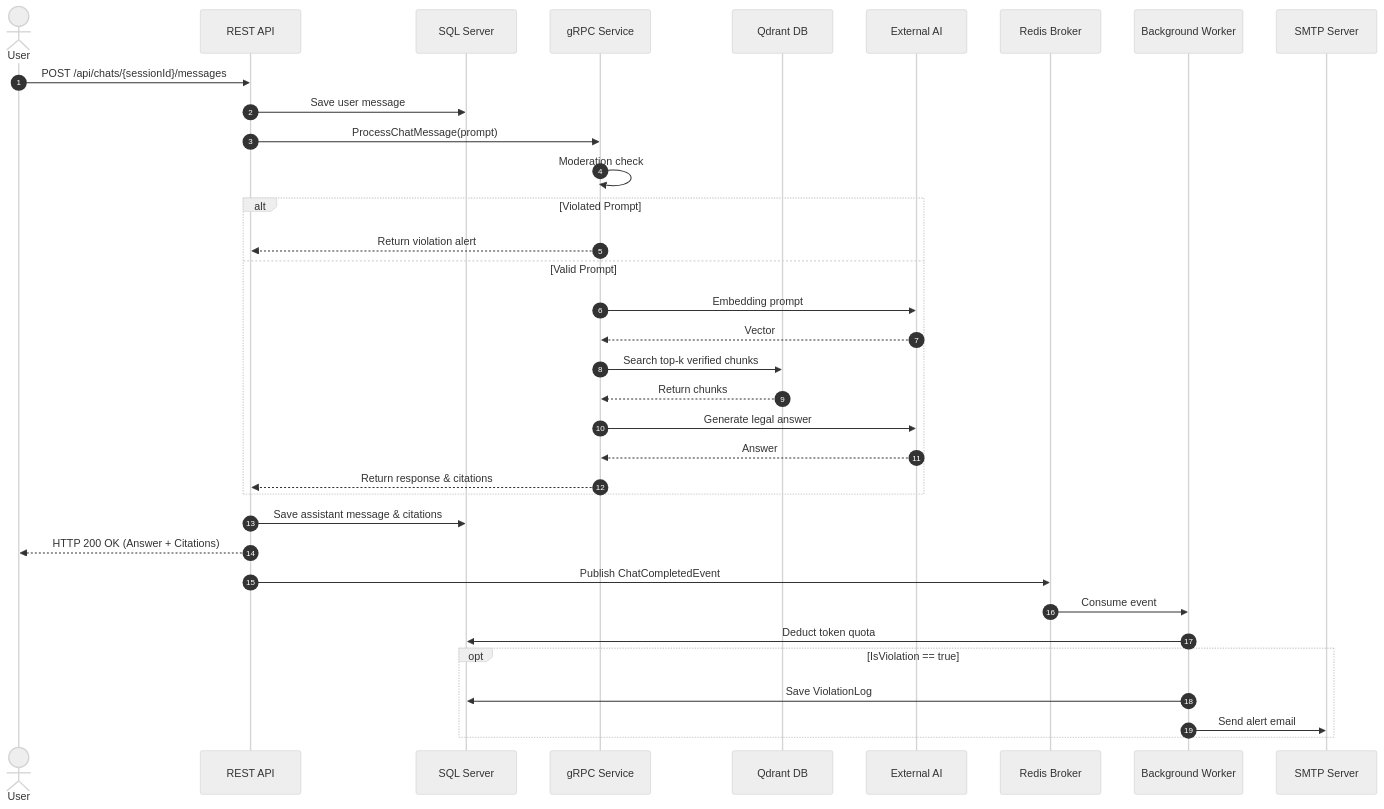
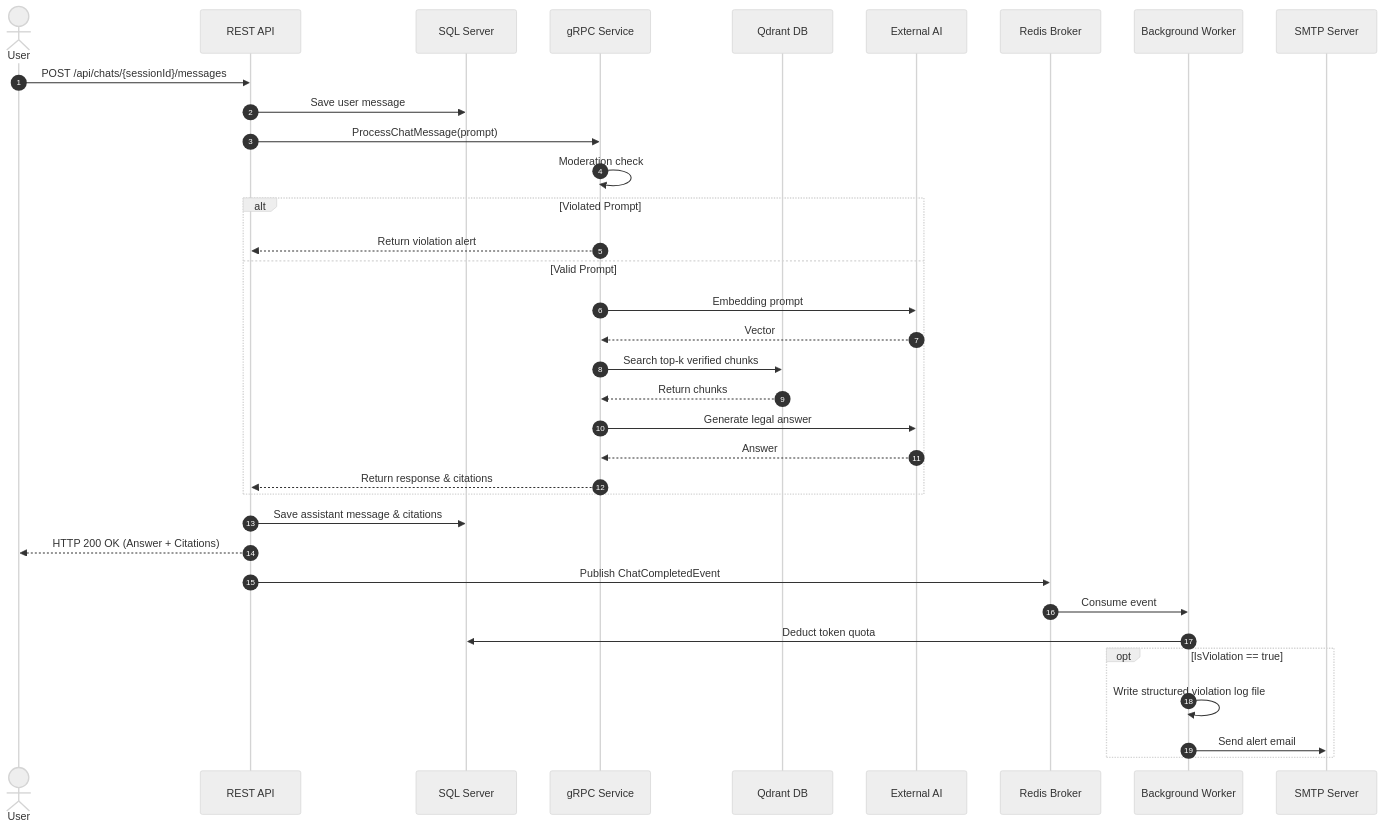
One commit to gnouv-fpt/ChatAIProject changed the sixth of 10 diagrams in ARCHITECTURE.md. Above: the diagram before and after it, drawn with Mermaid (neutral theme). The commit also changed other lines of this file and 23 other files, not shown here.

````diff
--- a/ARCHITECTURE.md
+++ b/ARCHITECTURE.md
@@ -225,41 +225,41 @@
 ```mermaid
 sequenceDiagram
     autonumber
     actor User as User
     participant API as REST API
     participant SQL as SQL Server
     participant gRPC as gRPC Service
     participant Qdrant as Qdrant DB
     participant AI as External AI
     participant Redis as Redis Broker
     participant Worker as Background Worker
     participant SMTP as SMTP Server
 
     User->>API: POST /api/chats/{sessionId}/messages
     API->>SQL: Save user message
     API->>gRPC: ProcessChatMessage(prompt)
     
     gRPC->>gRPC: Moderation check
     alt Violated Prompt
         gRPC-->>API: Return violation alert
     else Valid Prompt
         gRPC->>AI: Embedding prompt
         AI-->>gRPC: Vector
         gRPC->>Qdrant: Search top-k verified chunks
         Qdrant-->>gRPC: Return chunks
         gRPC->>AI: Generate legal answer
         AI-->>gRPC: Answer
         gRPC-->>API: Return response & citations
     end
 
     API->>SQL: Save assistant message & citations
     API-->>User: HTTP 200 OK (Answer + Citations)
 
     API->>Redis: Publish ChatCompletedEvent
     Redis->>Worker: Consume event
     Worker->>SQL: Deduct token quota
     opt IsViolation == true
-        Worker->>SQL: Save ViolationLog
+        Worker->>Worker: Write structured violation log file
         Worker->>SMTP: Send alert email
     end
 ```
````
